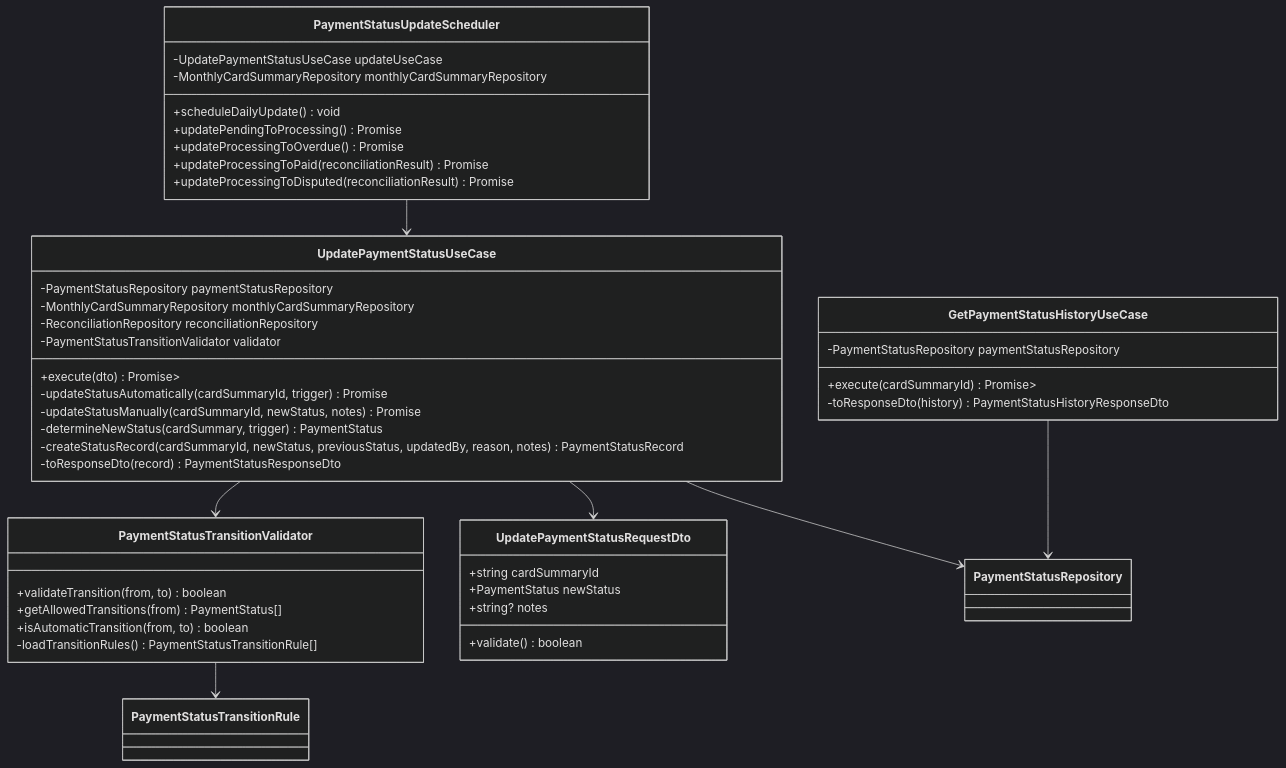
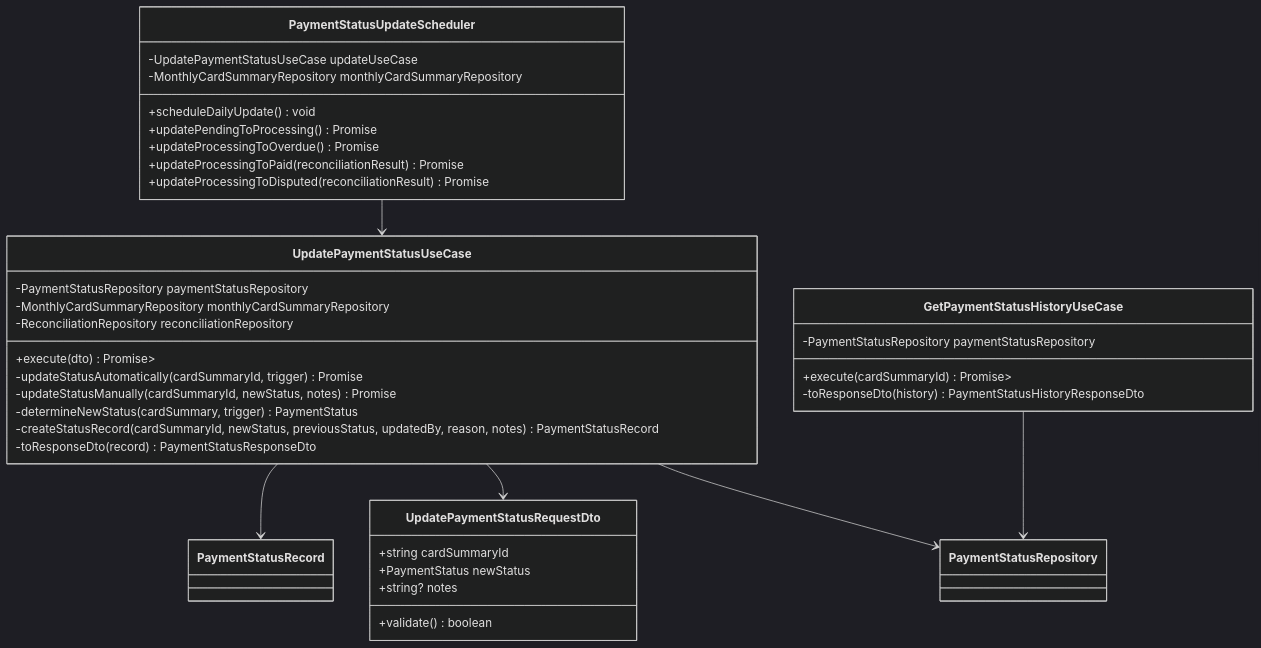
The second of 7 diagrams in docs/detailed-design/FR-014_payment-status-management/class-diagrams.md (kencom2400/account-book), drawn with Mermaid (dark theme) before and after one commit. The commit also changed other lines of this file and 7 other files, not shown here.

First line of the commit message:
fix(docs): PaymentStatusRepositoryからdeleteメソッドを削除

````diff
--- a/docs/detailed-design/FR-014_payment-status-management/class-diagrams.md
+++ b/docs/detailed-design/FR-014_payment-status-management/class-diagrams.md
@@ -137,52 +136,44 @@
 ```mermaid
 classDiagram
     class UpdatePaymentStatusUseCase {
         -PaymentStatusRepository paymentStatusRepository
         -MonthlyCardSummaryRepository monthlyCardSummaryRepository
         -ReconciliationRepository reconciliationRepository
-        -PaymentStatusTransitionValidator validator
         +execute(dto) Promise<Result<PaymentStatusResponseDto>>
         -updateStatusAutomatically(cardSummaryId, trigger) Promise<PaymentStatusRecord>
         -updateStatusManually(cardSummaryId, newStatus, notes) Promise<PaymentStatusRecord>
         -determineNewStatus(cardSummary, trigger) PaymentStatus
         -createStatusRecord(cardSummaryId, newStatus, previousStatus, updatedBy, reason, notes) PaymentStatusRecord
         -toResponseDto(record) PaymentStatusResponseDto
     }
 
     class GetPaymentStatusHistoryUseCase {
         -PaymentStatusRepository paymentStatusRepository
         +execute(cardSummaryId) Promise<Result<PaymentStatusHistoryResponseDto>>
         -toResponseDto(history) PaymentStatusHistoryResponseDto
     }
 
     class PaymentStatusUpdateScheduler {
         -UpdatePaymentStatusUseCase updateUseCase
         -MonthlyCardSummaryRepository monthlyCardSummaryRepository
         +scheduleDailyUpdate() void
         +updatePendingToProcessing() Promise<void>
         +updateProcessingToOverdue() Promise<void>
         +updateProcessingToPaid(reconciliationResult) Promise<void>
         +updateProcessingToDisputed(reconciliationResult) Promise<void>
     }
 
-    class PaymentStatusTransitionValidator {
-        +validateTransition(from, to) boolean
-        +getAllowedTransitions(from) PaymentStatus[]
-        +isAutomaticTransition(from, to) boolean
-        -loadTransitionRules() PaymentStatusTransitionRule[]
-    }
 
     class UpdatePaymentStatusRequestDto {
         +string cardSummaryId
         +PaymentStatus newStatus
         +string? notes
         +validate() boolean
     }
 
     UpdatePaymentStatusUseCase --> PaymentStatusRepository
-    UpdatePaymentStatusUseCase --> PaymentStatusTransitionValidator
     UpdatePaymentStatusUseCase --> UpdatePaymentStatusRequestDto
+    UpdatePaymentStatusUseCase --> PaymentStatusRecord
     GetPaymentStatusHistoryUseCase --> PaymentStatusRepository
     PaymentStatusUpdateScheduler --> UpdatePaymentStatusUseCase
-    PaymentStatusTransitionValidator --> PaymentStatusTransitionRule
 ```
````
